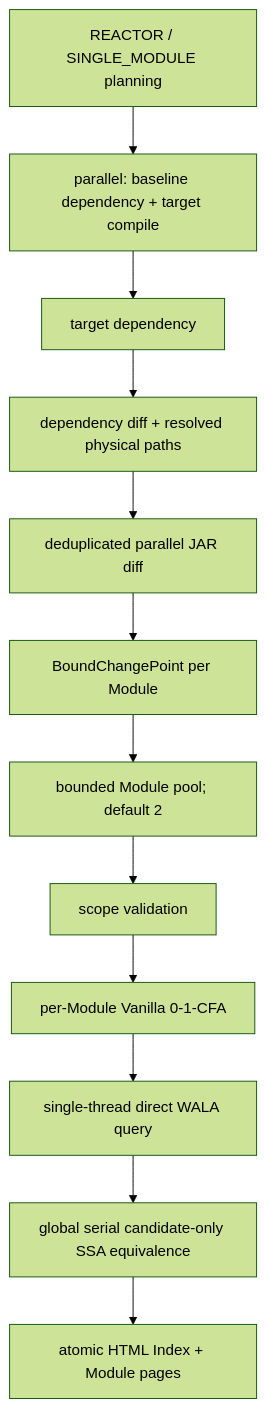
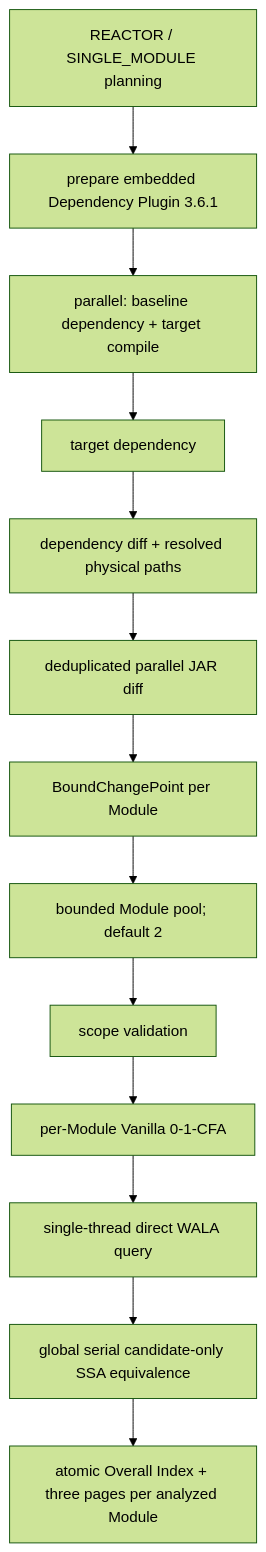
Before and after one commit to ymyii/change-impact-analyze: the diagram in wiki/architecture/dependency-analysis-pipelines.md, drawn with Mermaid (forest theme). The commit also changed other lines of this file and 63 other files, not shown here.

````diff
--- a/wiki/architecture/dependency-analysis-pipelines.md
+++ b/wiki/architecture/dependency-analysis-pipelines.md
@@ -32,14 +32,15 @@
 ```mermaid
 flowchart TD
-  Scope["REACTOR / SINGLE_MODULE planning"] --> Front
+  Scope["REACTOR / SINGLE_MODULE planning"] --> Plugin["prepare embedded Dependency Plugin 3.6.1"]
+  Plugin --> Front
   Front["parallel: baseline dependency + target compile"] --> TargetDep["target dependency"]
   TargetDep --> DepDiff["dependency diff + resolved physical paths"]
   DepDiff --> JarDiff["deduplicated parallel JAR diff"]
   JarDiff --> Bind["BoundChangePoint per Module"]
   Bind --> ModulePool["bounded Module pool; default 2"]
   ModulePool --> ScopeValidation["scope validation"]
   ScopeValidation --> CFA["per-Module Vanilla 0-1-CFA"]
   CFA --> Query["single-thread direct WALA query"]
   Query --> SSA["global serial candidate-only SSA equivalence"]
-  SSA --> Report["atomic HTML Index + Module pages"]
+  SSA --> Report["atomic Overall Index + three pages per analyzed Module"]
 ```
````
